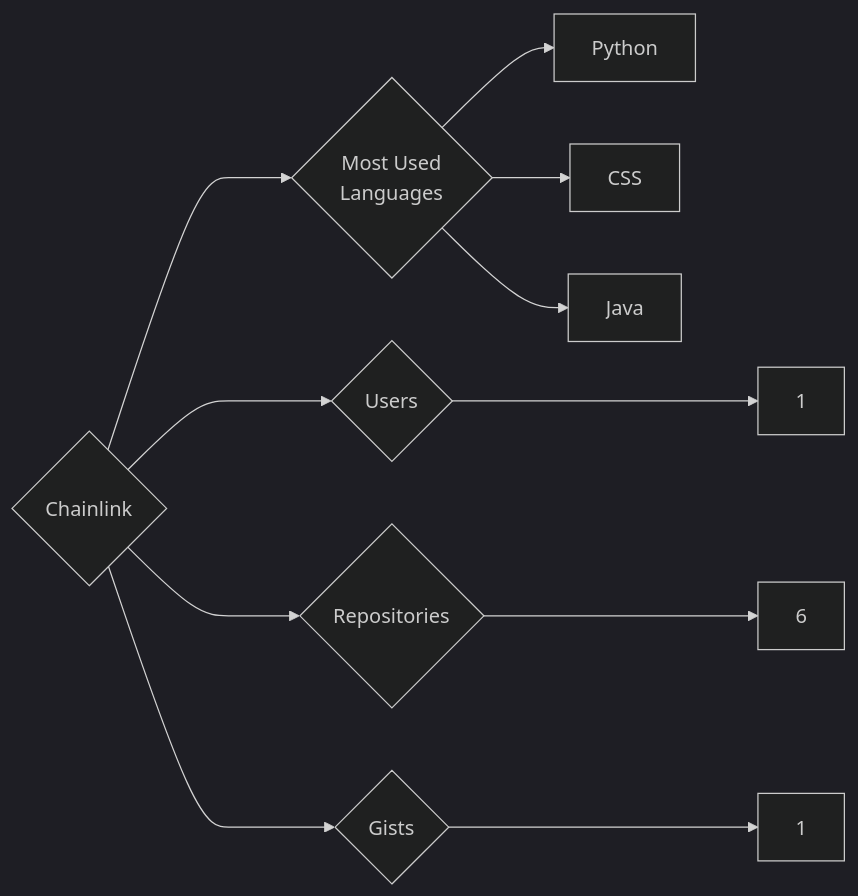
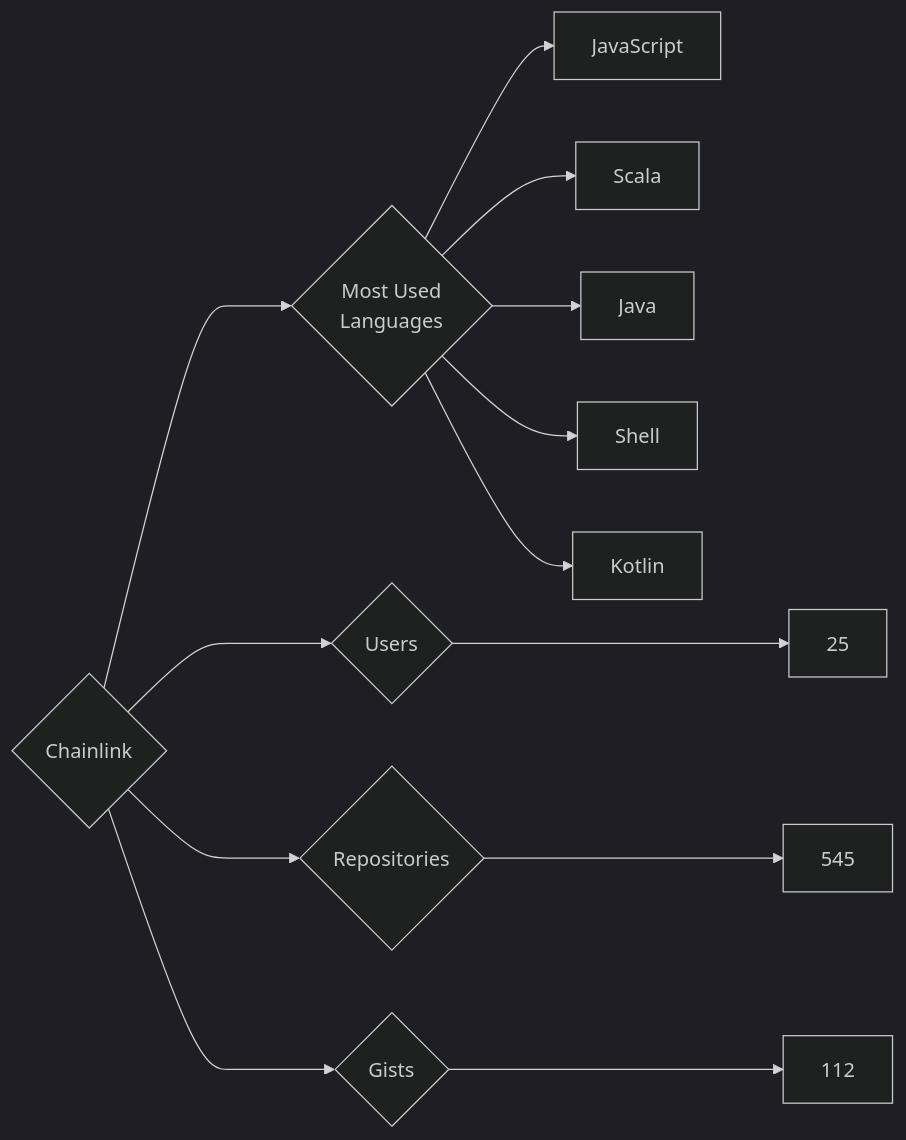
Before and after one commit to trickest/insiders: the diagram in targets/Chainlink/README.md, drawn with Mermaid (dark theme). The commit also changed 935 other files, not shown here.

````diff
--- a/targets/Chainlink/README.md
+++ b/targets/Chainlink/README.md
@@ -3,11 +3,13 @@
 ```mermaid
 graph LR
 COMPANY_NAME{Chainlink}
-COMPANY_NAME ---> U{Users} ---> UN[1]
-COMPANY_NAME ---> R{Repositories} ---> RN[6]
-COMPANY_NAME ---> G{Gists} ---> GN[1]
+COMPANY_NAME ---> U{Users} ---> UN[25]
+COMPANY_NAME ---> R{Repositories} ---> RN[545]
+COMPANY_NAME ---> G{Gists} ---> GN[112]
 COMPANY_NAME ---> ML{Most Used<br>Languages}
-ML --> Python[Python]
-ML --> CSS[CSS]
+ML --> JavaScript[JavaScript]
+ML --> Scala[Scala]
 ML --> Java[Java]
+ML --> Shell[Shell]
+ML --> Kotlin[Kotlin]
 ```
````
